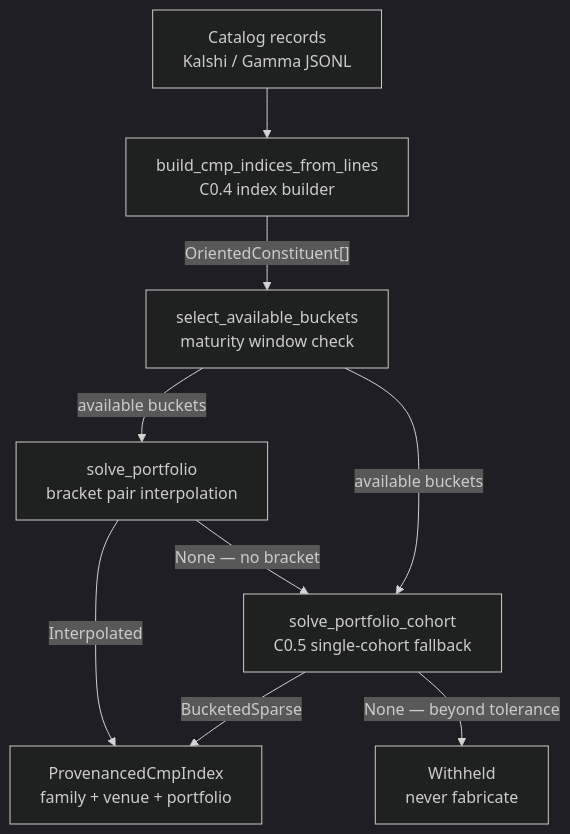
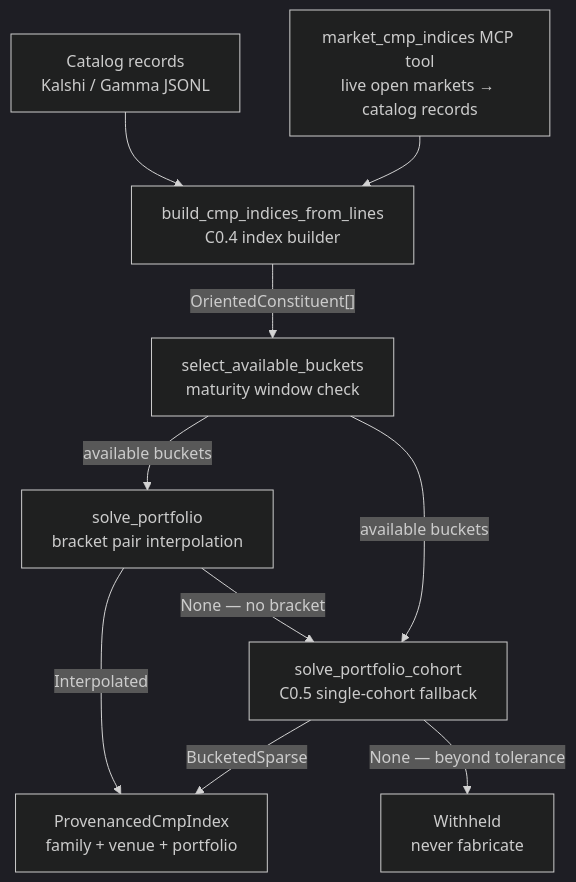
The second of 13 diagrams in kask/docs/diagrams/architecture.md (mdz-axo/zed-kask), drawn with Mermaid (dark theme) before and after one commit. The commit also changed other lines of this file and 36 other files, not shown here.

First line of the commit message:
``` Consolidate MCP tool surfaces across servers

````diff
--- a/kask/docs/diagrams/architecture.md
+++ b/kask/docs/diagrams/architecture.md
@@ -100,11 +107,13 @@
 ```mermaid
 flowchart TD
+    tool["market_cmp_indices MCP tool<br/>live open markets → catalog records"]
     records["Catalog records<br/>Kalshi / Gamma JSONL"] --> build["build_cmp_indices_from_lines<br/>C0.4 index builder"]
+    tool --> build
     build -->|"OrientedConstituent[]"| buckets["select_available_buckets<br/>maturity window check"]
     buckets -->|"available buckets"| bracket["solve_portfolio<br/>bracket pair interpolation"]
     buckets -->|"available buckets"| cohort["solve_portfolio_cohort<br/>C0.5 single-cohort fallback"]
     bracket -->|"Interpolated"| index["ProvenancedCmpIndex<br/>family + venue + portfolio"]
     cohort -->|"BucketedSparse"| index
     bracket -->|"None — no bracket"| cohort
     cohort -->|"None — beyond tolerance"| withhold["Withheld<br/>never fabricate"]
 ```
````
